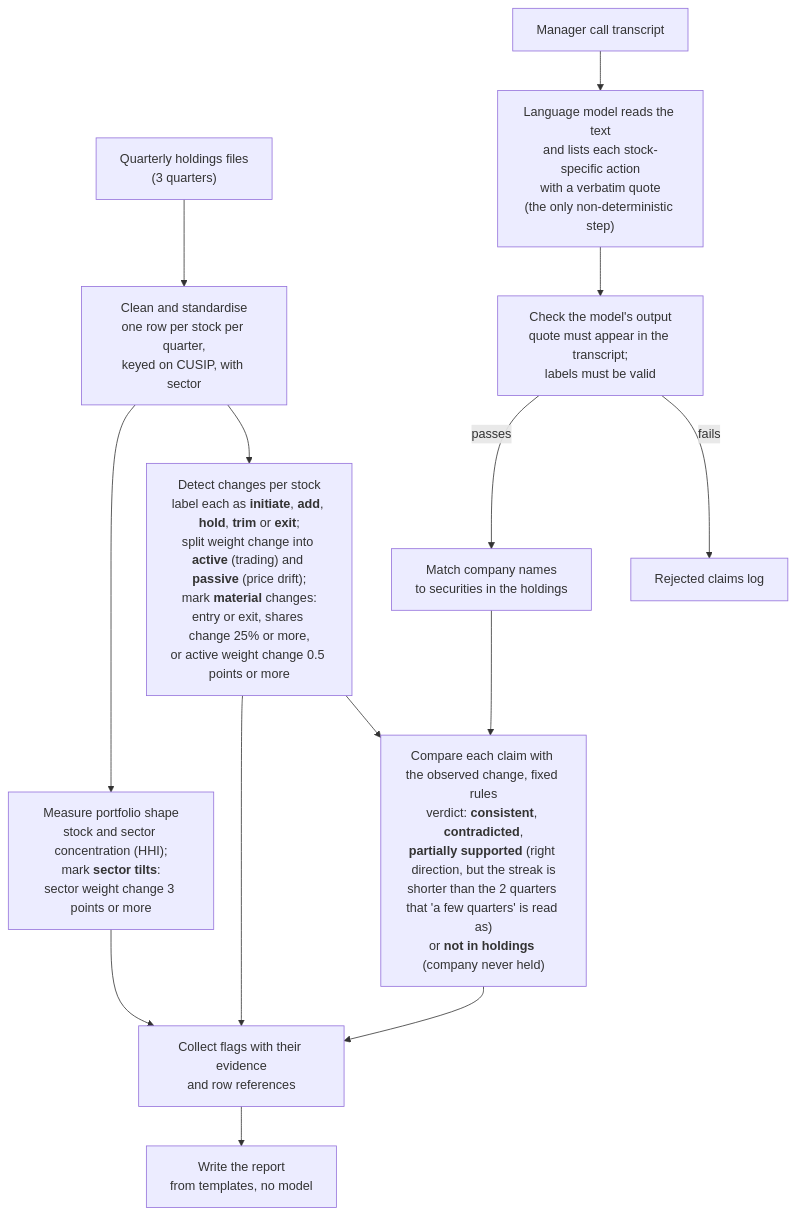
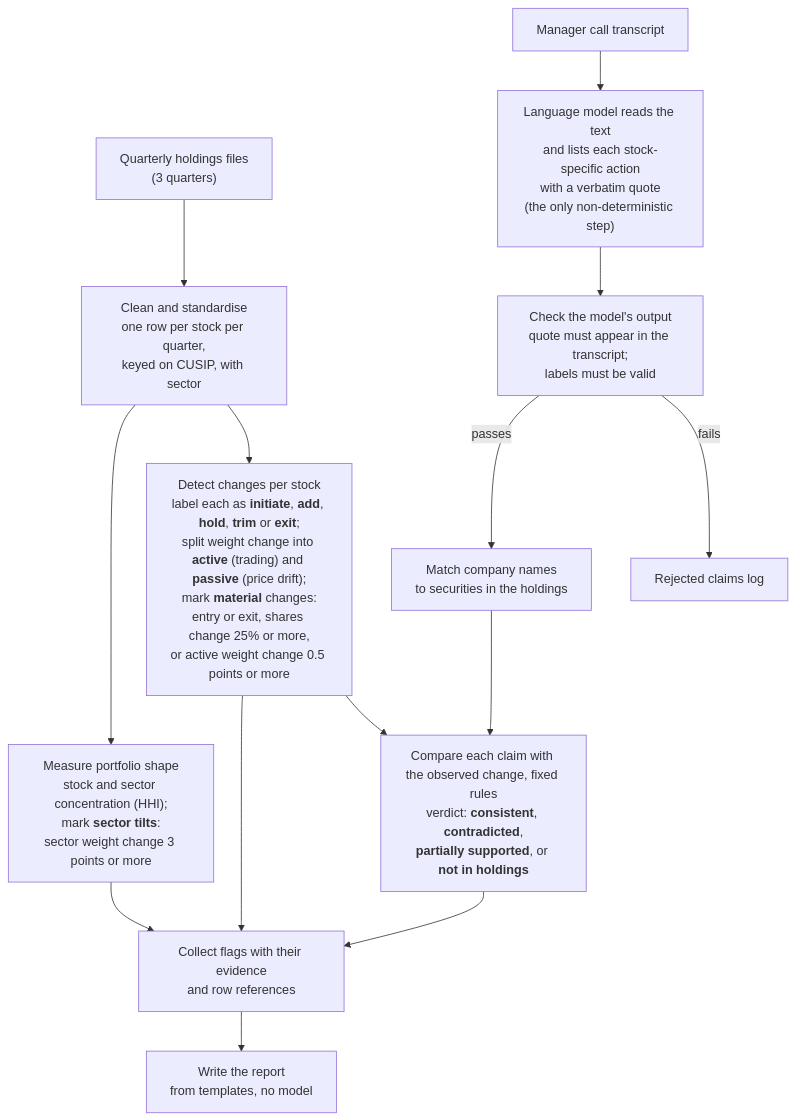
One commit to adamdu001/portfolio-agent changed the diagram in BRIEF.md. Above: the diagram before and after it, drawn with Mermaid. The commit also changed other lines of this file, not shown here.

Commit message:
Add step-to-script table under flowchart

````diff
--- a/BRIEF.md
+++ b/BRIEF.md
@@ -9,16 +5,16 @@
 ```mermaid
 flowchart TD
     H["Quarterly holdings files<br/>(3 quarters)"] --> A["Clean and standardise<br/>one row per stock per quarter,<br/>keyed on CUSIP, with sector"]
     A --> B["Detect changes per stock<br/>label each as <b>initiate</b>, <b>add</b>, <b>hold</b>, <b>trim</b> or <b>exit</b>;<br/>split weight change into <b>active</b> (trading) and <b>passive</b> (price drift);<br/>mark <b>material</b> changes:<br/>entry or exit, shares change 25% or more,<br/>or active weight change 0.5 points or more"]
     A --> C["Measure portfolio shape<br/>stock and sector concentration (HHI);<br/>mark <b>sector tilts</b>:<br/>sector weight change 3 points or more"]
     T["Manager call transcript"] --> X["Language model reads the text<br/>and lists each stock-specific action<br/>with a verbatim quote<br/>(the only non-deterministic step)"]
     X --> V["Check the model's output<br/>quote must appear in the transcript;<br/>labels must be valid"]
     V -->|fails| R["Rejected claims log"]
     V -->|passes| M["Match company names<br/>to securities in the holdings"]
-    M --> D["Compare each claim with the observed change, fixed rules<br/>verdict: <b>consistent</b>, <b>contradicted</b>,<br/><b>partially supported</b> (right direction, but the streak is<br/>shorter than the 2 quarters that 'a few quarters' is read as)<br/>or <b>not in holdings</b> (company never held)"]
+    M --> D["Compare each claim with the observed change, fixed rules<br/>verdict: <b>consistent</b>, <b>contradicted</b>,<br/><b>partially supported</b>, or <b>not in holdings</b>"]
     B --> D
     B --> F["Collect flags with their evidence<br/>and row references"]
     C --> F
     D --> F
     F --> O["Write the report<br/>from templates, no model"]
 ```
````
